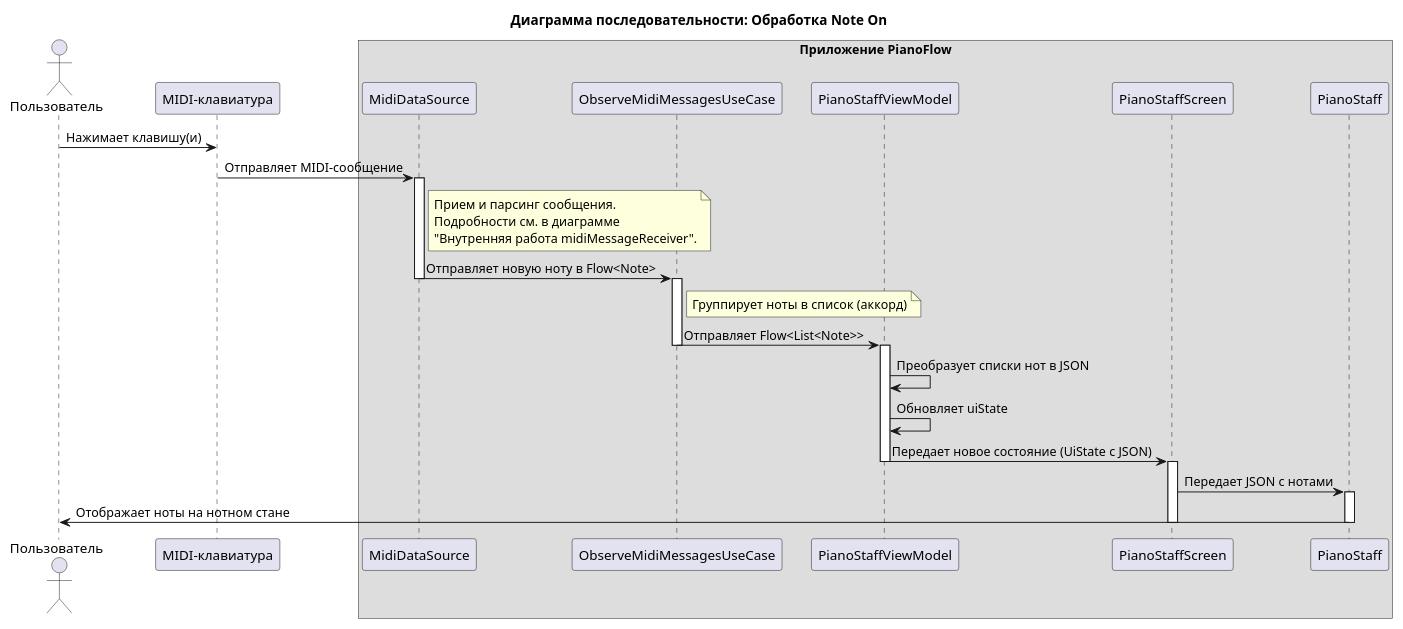
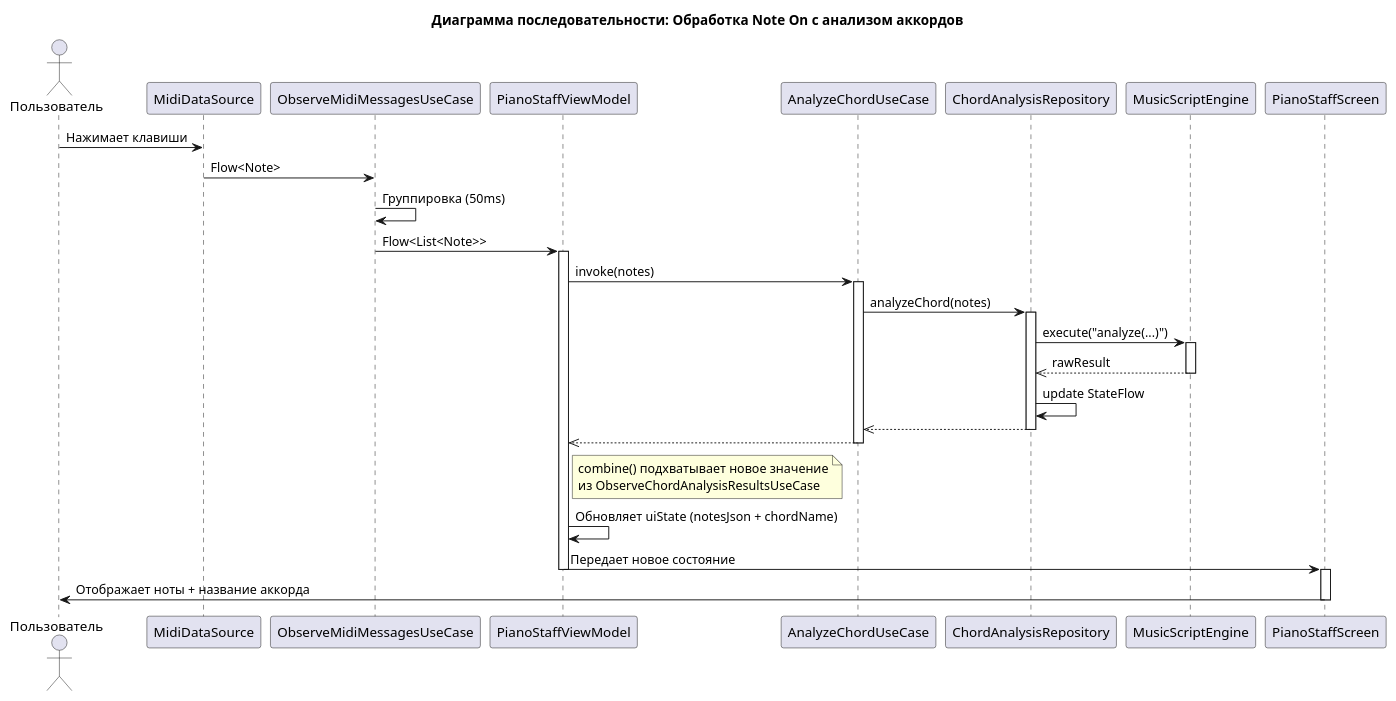
One commit to astrizhachuk/PianoFlow changed the seventh of 9 diagrams in docs/ru/ts/MIDI_MESSAGE_PROCESSING.md. Above: the diagram before and after it, drawn with PlantUML. The commit also changed other lines of this file and 47 other files, not shown here.

````diff
--- a/docs/ru/ts/MIDI_MESSAGE_PROCESSING.md
+++ b/docs/ru/ts/MIDI_MESSAGE_PROCESSING.md
@@ -298,47 +428,45 @@
 ```plantuml
 @startuml
-title Диаграмма последовательности: Обработка Note On
+title Диаграмма последовательности: Обработка Note On с анализом аккордов
 
 actor Пользователь as User
-participant "MIDI-клавиатура" as Keyboard
-box "Приложение PianoFlow"
-  participant "MidiDataSource" as DS
-  participant "ObserveMidiMessagesUseCase" as UC
-  participant "PianoStaffViewModel" as VM
-  participant "PianoStaffScreen" as Screen
-  participant "PianoStaff" as Staff
-end box
+participant "MidiDataSource" as DS
+participant "ObserveMidiMessagesUseCase" as UC
+participant "PianoStaffViewModel" as VM
+participant "AnalyzeChordUseCase" as AnalyzeUC
+participant "ChordAnalysisRepository" as Repo
+participant "MusicScriptEngine" as JS
+participant "PianoStaffScreen" as Screen
 
-User -> Keyboard : Нажимает клавишу(и)
-Keyboard -> DS : Отправляет MIDI-сообщение
-activate DS
-
-note right of DS
-  Прием и парсинг сообщения.
-  Подробности см. в диаграмме
-  "Внутренняя работа midiMessageReceiver".
-end note
-
-DS -> UC : Отправляет новую ноту в Flow<Note>
-deactivate DS
-activate UC
-
-note right of UC: Группирует ноты в список (аккорд)
-UC -> VM : Отправляет Flow<List<Note>>
-deactivate UC
+User -> DS : Нажимает клавиши
+DS -> UC : Flow<Note>
+UC -> UC : Группировка (50ms)
+UC -> VM : Flow<List<Note>>
 activate VM
 
-VM -> VM : Преобразует списки нот в JSON
-VM -> VM : Обновляет uiState
-VM -> Screen : Передает новое состояние (UiState с JSON)
+VM -> AnalyzeUC : invoke(notes)
+activate AnalyzeUC
+AnalyzeUC -> Repo : analyzeChord(notes)
+activate Repo
+Repo -> JS : execute("analyze(...)")
+activate JS
+JS -->> Repo : rawResult
+deactivate JS
+Repo -> Repo : update StateFlow
+Repo -->> AnalyzeUC
+deactivate Repo
+AnalyzeUC -->> VM
+deactivate AnalyzeUC
+
+note right of VM: combine() подхватывает новое значение\nиз ObserveChordAnalysisResultsUseCase
+
+VM -> VM : Обновляет uiState (notesJson + chordName)
+VM -> Screen : Передает новое состояние
 deactivate VM
 activate Screen
 
-Screen -> Staff : Передает JSON с нотами
-activate Staff
-Staff -> User : Отображает ноты на нотном стане
-deactivate Staff
+Screen -> User : Отображает ноты + название аккорда
 deactivate Screen
 
 @enduml
 ```
````
